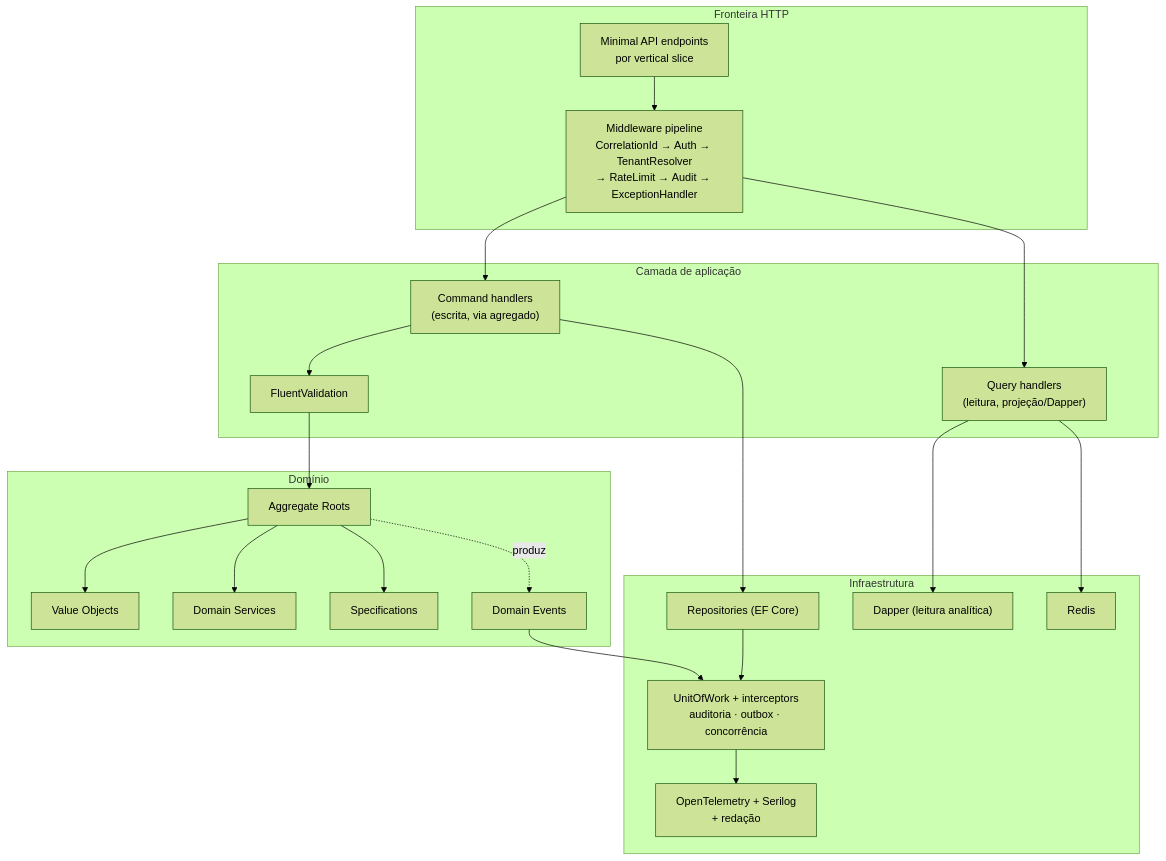
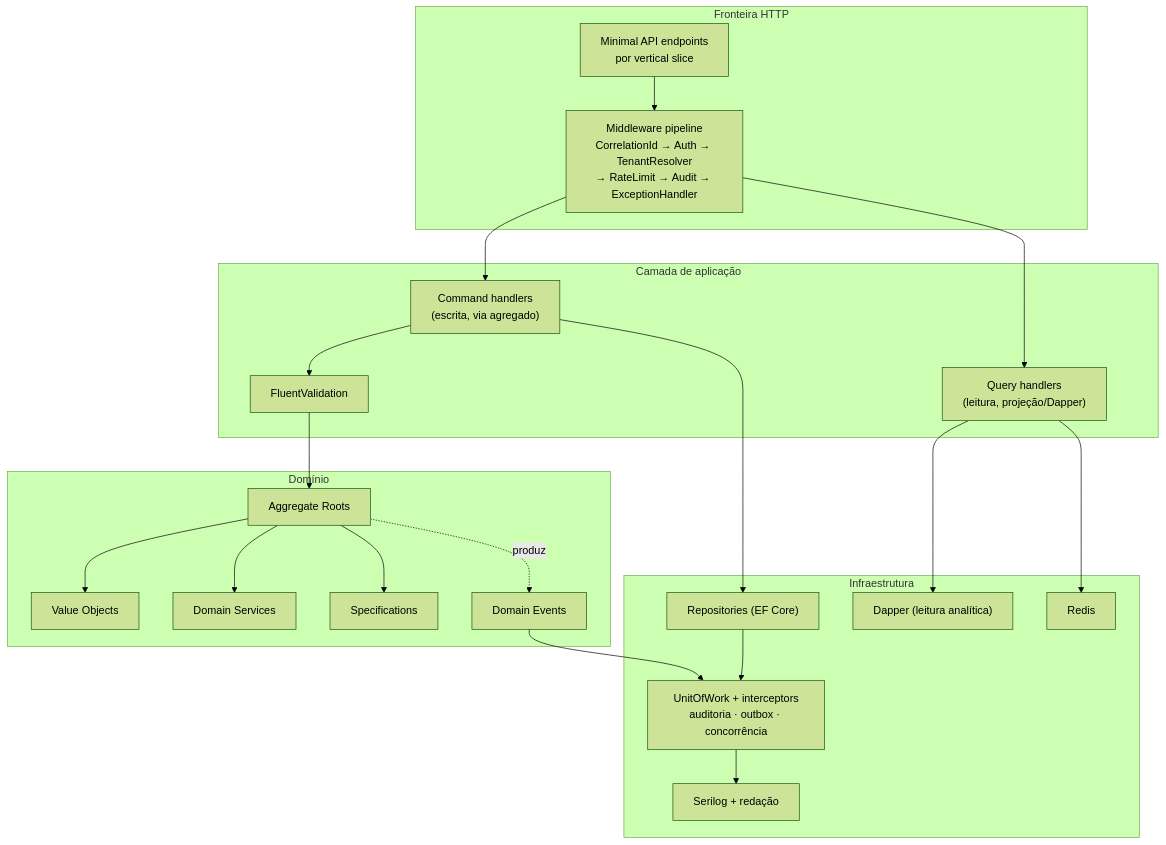
One commit to volksec/0009098 changed the fourth of 5 diagrams in docs/architecture/overview.md. Above: the diagram before and after it, drawn with Mermaid (forest theme). The commit also changed other lines of this file and 16 other files, not shown here.

````diff
--- a/docs/architecture/overview.md
+++ b/docs/architecture/overview.md
@@ -146,38 +115,38 @@
 ```mermaid
 graph TB
     subgraph Fronteira["Fronteira HTTP"]
         MW["Middleware pipeline<br/>CorrelationId → Auth → TenantResolver<br/>→ RateLimit → Audit → ExceptionHandler"]
         EP["Minimal API endpoints<br/>por vertical slice"]
     end
 
     subgraph Aplicacao["Camada de aplicação"]
         CMD["Command handlers<br/>(escrita, via agregado)"]
         QRY["Query handlers<br/>(leitura, projeção/Dapper)"]
         VAL["FluentValidation"]
     end
 
     subgraph Dominio["Domínio"]
         AGG["Aggregate Roots"]
         VO["Value Objects"]
         SVC["Domain Services"]
         SPEC["Specifications"]
         EVT["Domain Events"]
     end
 
     subgraph Infra["Infraestrutura"]
         REPO["Repositories (EF Core)"]
         DAP["Dapper (leitura analítica)"]
         UOW["UnitOfWork + interceptors<br/>auditoria · outbox · concorrência"]
         CACHE["Redis"]
-        OBSV["OpenTelemetry + Serilog<br/>+ redação"]
+        OBSV["Serilog + redação"]
     end
 
     EP --> MW --> CMD & QRY
     CMD --> VAL --> AGG
     AGG --> VO & SVC & SPEC
     AGG -.produz.-> EVT
     CMD --> REPO --> UOW
     QRY --> DAP & CACHE
     EVT --> UOW
     UOW --> OBSV
 ```
````
